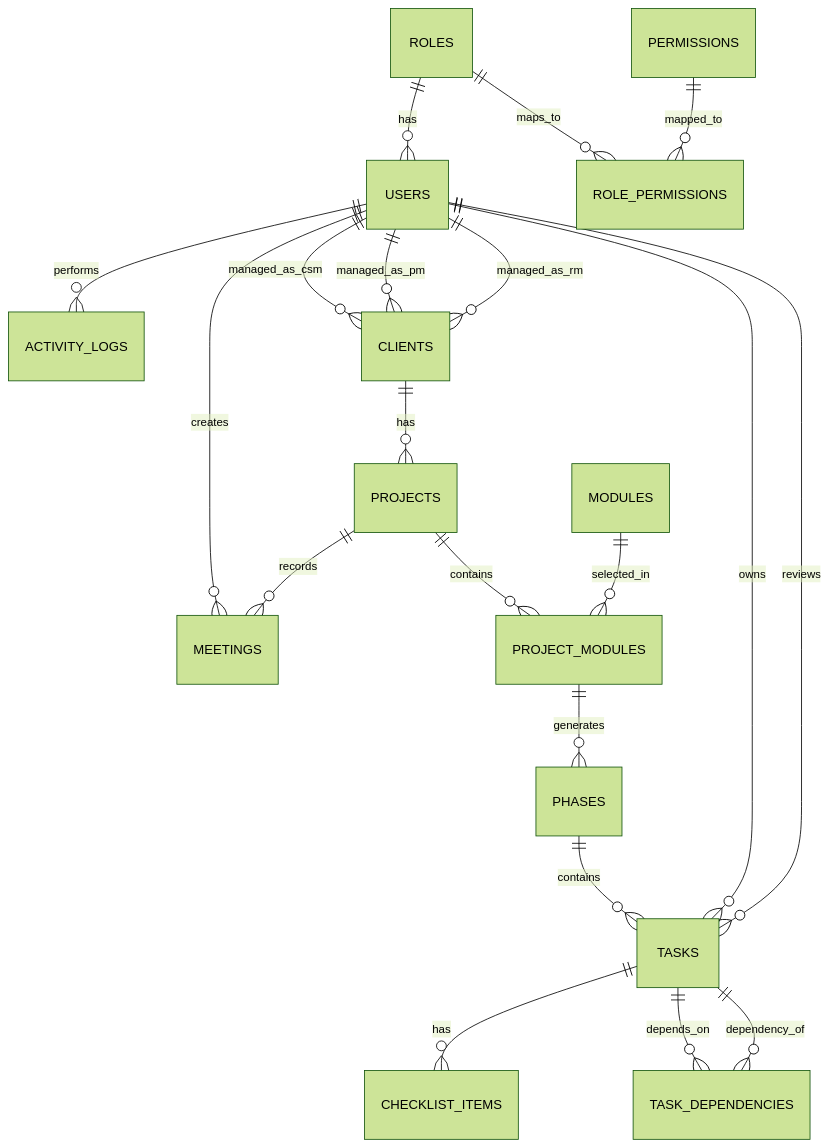
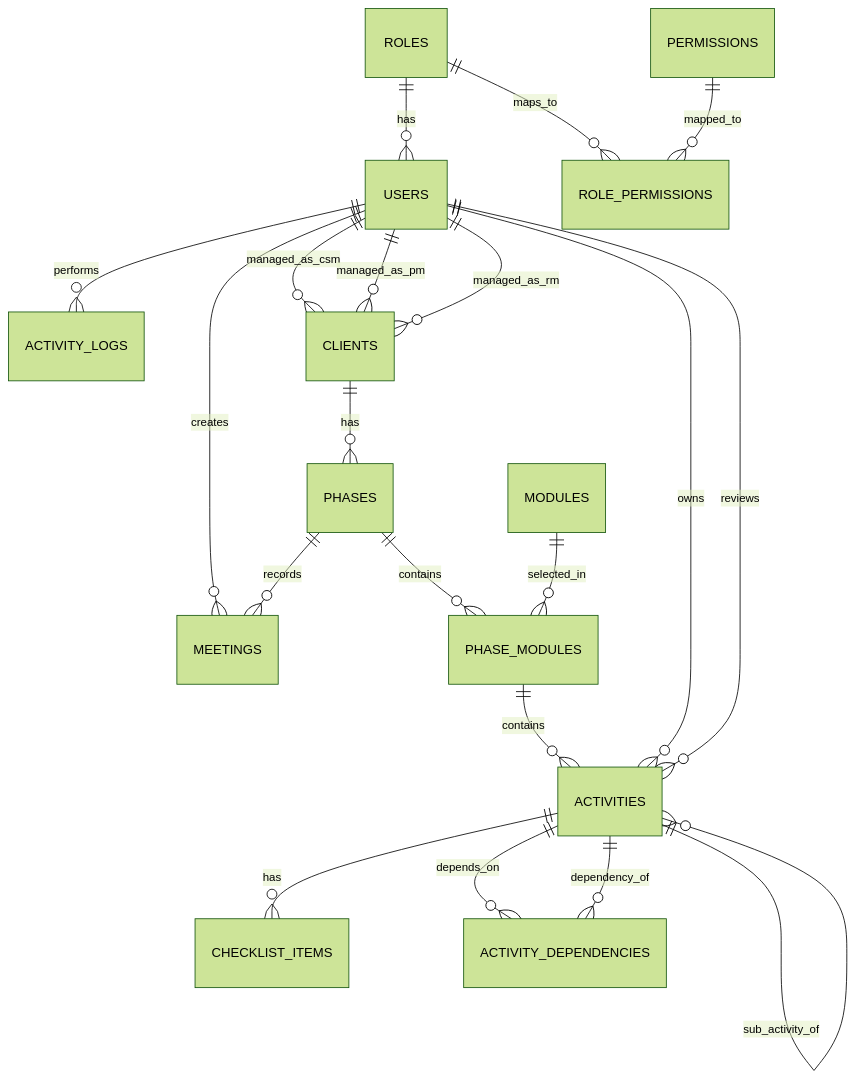
One commit to SurajShettty/ImpManSys changed the diagram in docs/IMS_ERD.md. Above: the diagram before and after it, drawn with Mermaid (forest theme). The commit also changed other lines of this file and 8 other files, not shown here.

````diff
--- a/docs/IMS_ERD.md
+++ b/docs/IMS_ERD.md
@@ -11,22 +20,22 @@
 ```mermaid
 erDiagram
     ROLES ||--o{ USERS : has
     ROLES ||--o{ ROLE_PERMISSIONS : maps_to
     PERMISSIONS ||--o{ ROLE_PERMISSIONS : mapped_to
     USERS ||--o{ ACTIVITY_LOGS : performs
     USERS ||--o{ MEETINGS : creates
     USERS ||--o{ CLIENTS : managed_as_csm
     USERS ||--o{ CLIENTS : managed_as_pm
     USERS ||--o{ CLIENTS : managed_as_rm
-    CLIENTS ||--o{ PROJECTS : has
-    PROJECTS ||--o{ PROJECT_MODULES : contains
-    PROJECTS ||--o{ MEETINGS : records
-    MODULES ||--o{ PROJECT_MODULES : selected_in
-    PROJECT_MODULES ||--o{ PHASES : generates
-    PHASES ||--o{ TASKS : contains
-    TASKS ||--o{ CHECKLIST_ITEMS : has
-    TASKS ||--o{ TASK_DEPENDENCIES : depends_on
-    TASKS ||--o{ TASK_DEPENDENCIES : dependency_of
-    USERS ||--o{ TASKS : owns
-    USERS ||--o{ TASKS : reviews
+    CLIENTS ||--o{ PHASES : has
+    PHASES ||--o{ PHASE_MODULES : contains
+    PHASES ||--o{ MEETINGS : records
+    MODULES ||--o{ PHASE_MODULES : selected_in
+    PHASE_MODULES ||--o{ ACTIVITIES : contains
+    ACTIVITIES ||--o{ CHECKLIST_ITEMS : has
+    ACTIVITIES ||--o{ ACTIVITY_DEPENDENCIES : depends_on
+    ACTIVITIES ||--o{ ACTIVITY_DEPENDENCIES : dependency_of
+    ACTIVITIES ||--o{ ACTIVITIES : sub_activity_of
+    USERS ||--o{ ACTIVITIES : owns
+    USERS ||--o{ ACTIVITIES : reviews
 ```
````
